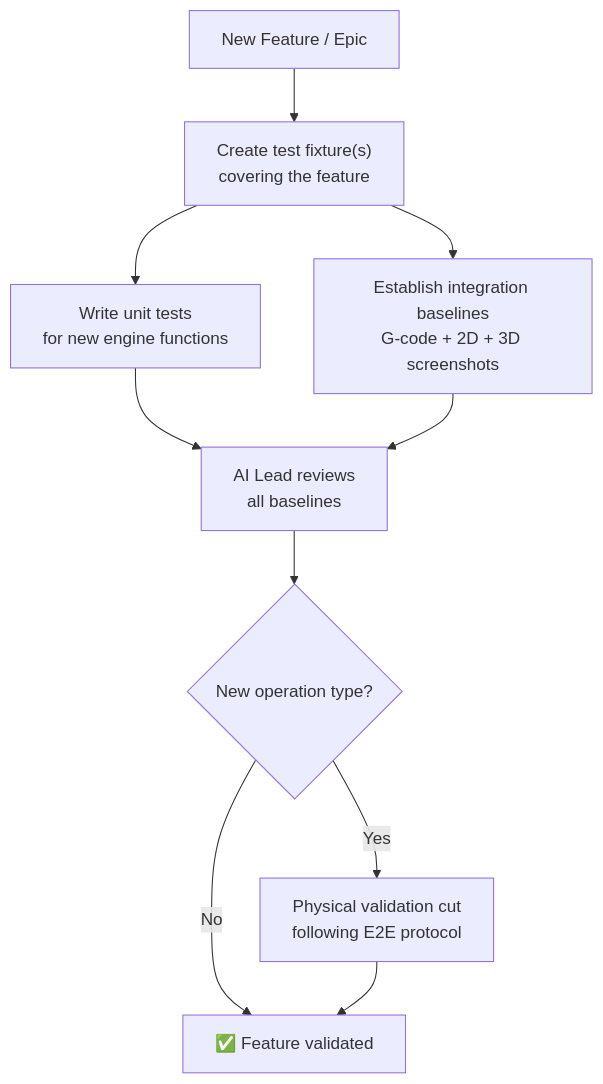
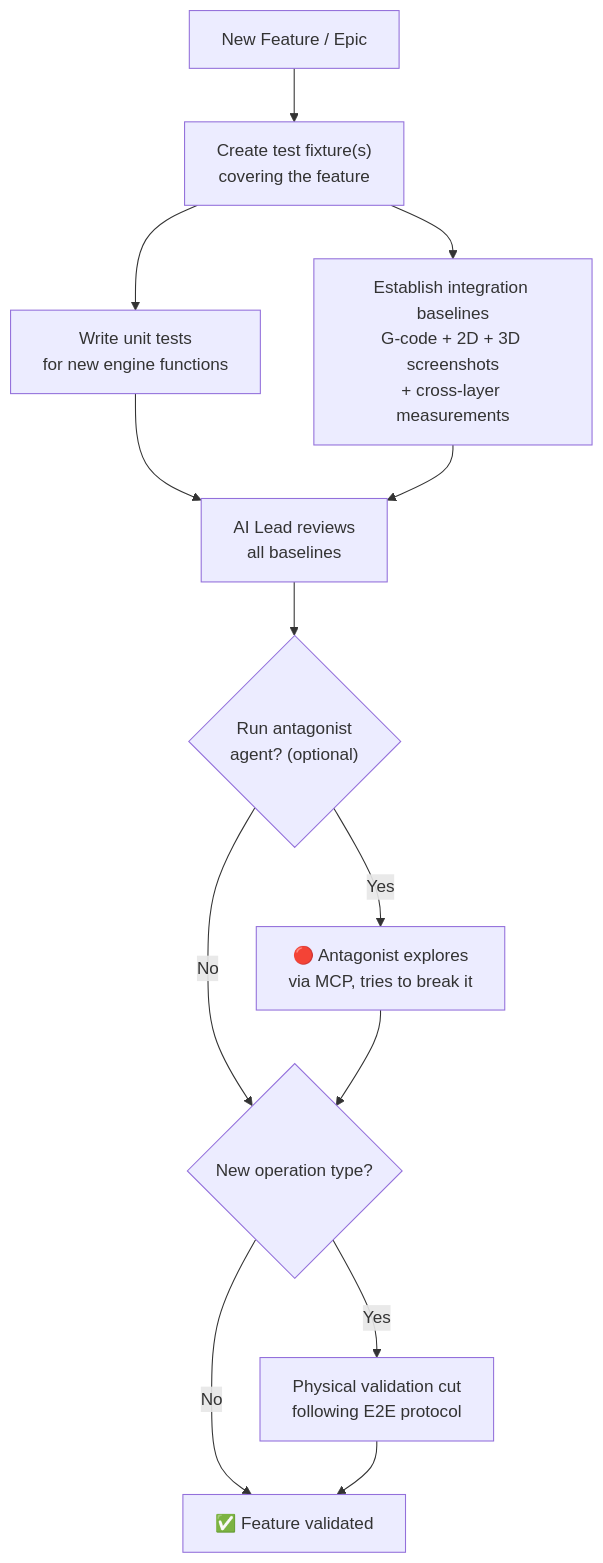
The sixth of 8 diagrams in docs/projects/routr/epics/validation.md (danhannah94/csdlc-docs), drawn with Mermaid before and after one commit. The commit also changed other lines of this file, not shown here.

Commit message:
docs: validation epic - refinement pass 4 (quality gates, protagonist/antagonist, cross-layer measurement, integration test strategy, MCP separate pkg, Fusion 360 UX)

````diff
--- a/docs/projects/routr/epics/validation.md
+++ b/docs/projects/routr/epics/validation.md
@@ -528,12 +663,15 @@
 ```mermaid
 graph TD
     NEW["New Feature / Epic"] --> FIXTURE["Create test fixture(s)<br/>covering the feature"]
     FIXTURE --> UNIT["Write unit tests<br/>for new engine functions"]
-    FIXTURE --> INTEGRATION["Establish integration baselines<br/>G-code + 2D + 3D screenshots"]
+    FIXTURE --> INTEGRATION["Establish integration baselines<br/>G-code + 2D + 3D screenshots<br/>+ cross-layer measurements"]
     UNIT --> REVIEW["AI Lead reviews<br/>all baselines"]
     INTEGRATION --> REVIEW
-    REVIEW --> PHYSICAL{"New operation type?"}
+    REVIEW --> ANTAGONIST{"Run antagonist<br/>agent? (optional)"}
+    ANTAGONIST --> |Yes| EXPLORE["🔴 Antagonist explores<br/>via MCP, tries to break it"]
+    ANTAGONIST --> |No| PHYSICAL
+    EXPLORE --> PHYSICAL{"New operation type?"}
     PHYSICAL --> |Yes| CUT["Physical validation cut<br/>following E2E protocol"]
     PHYSICAL --> |No| DONE["✅ Feature validated"]
     CUT --> DONE
 ```
````
